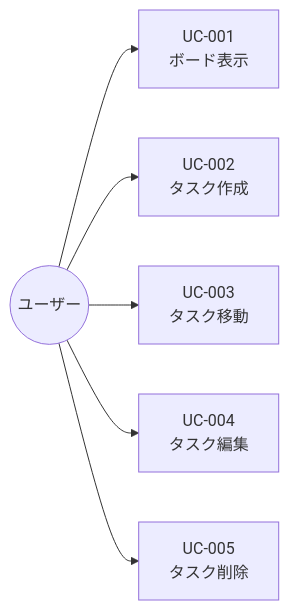
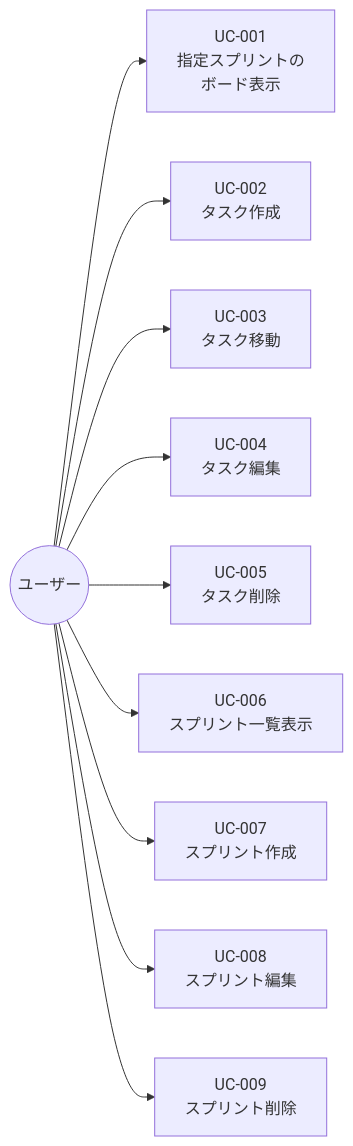
The diagram in docs/usecases.md (ryu1/hono-react-board-app), drawn with Mermaid before and after one commit. The commit also changed other lines of this file and 8 other files, not shown here.

````diff
--- a/docs/usecases.md
+++ b/docs/usecases.md
@@ -19,10 +23,14 @@
 ```mermaid
 flowchart LR
     User((ユーザー))
 
-    User --> UC1["UC-001<br/>ボード表示"]
+    User --> UC1["UC-001<br/>指定スプリントの<br/>ボード表示"]
     User --> UC2["UC-002<br/>タスク作成"]
     User --> UC3["UC-003<br/>タスク移動"]
     User --> UC4["UC-004<br/>タスク編集"]
     User --> UC5["UC-005<br/>タスク削除"]
+    User --> UC6["UC-006<br/>スプリント一覧表示"]
+    User --> UC7["UC-007<br/>スプリント作成"]
+    User --> UC8["UC-008<br/>スプリント編集"]
+    User --> UC9["UC-009<br/>スプリント削除"]
 ```
````
